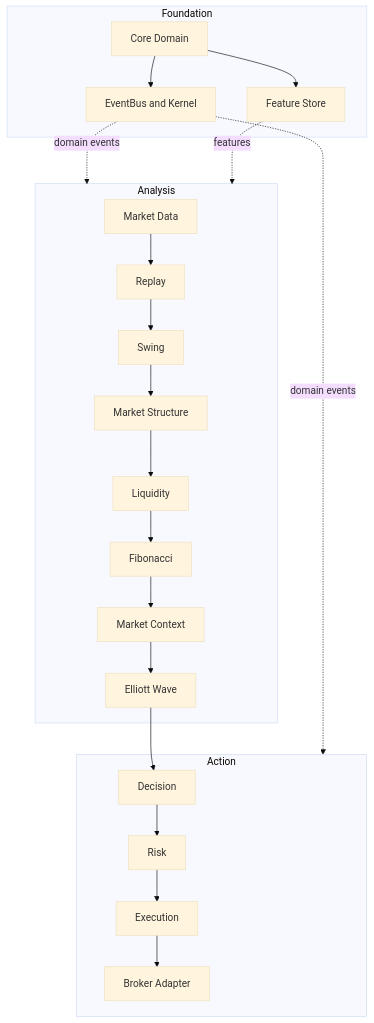
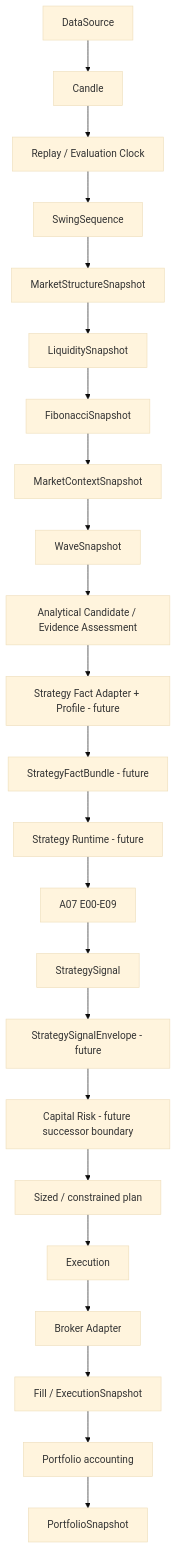
The diagram in docs/project/ARCHITECTURE.md (AymenBarka/EPIP), drawn with Mermaid (base theme) before and after one commit. The commit also changed other lines of this file and 11 other files, not shown here.

Commit message:
docs(architecture): reconcile post-v1.6 strategy ownership

````diff
--- a/docs/project/ARCHITECTURE.md
+++ b/docs/project/ARCHITECTURE.md
@@ -5,25 +12,25 @@
 ```mermaid
 flowchart TB
-    subgraph Foundation
-      Core[Core Domain] --> Bus[EventBus and Kernel]
-      Core --> FS[Feature Store]
-    end
-    subgraph Analysis
-      MD[Market Data] --> RP[Replay]
-      RP --> SW[Swing]
-      SW --> ST[Market Structure]
-      ST --> LQ[Liquidity]
-      LQ --> FB[Fibonacci]
-      FB --> CT[Market Context]
-      CT --> EW[Elliott Wave]
-    end
-    subgraph Action
-      EW --> DE[Decision]
-      DE --> RK[Risk]
-      RK --> EX[Execution]
-      EX --> BA[Broker Adapter]
-    end
-    Bus -. domain events .-> Analysis
-    Bus -. domain events .-> Action
-    FS -. features .-> Analysis
+    DS[DataSource] --> CD[Candle]
+    CD --> CL[Replay / Evaluation Clock]
+    CL --> SW[SwingSequence]
+    SW --> MS[MarketStructureSnapshot]
+    MS --> LQ[LiquiditySnapshot]
+    LQ --> FB[FibonacciSnapshot]
+    FB --> CT[MarketContextSnapshot]
+    CT --> EW[WaveSnapshot]
+    EW --> DA[Analytical Candidate / Evidence Assessment]
+    DA --> FA[Strategy Fact Adapter + Profile - future]
+    FA --> BF[StrategyFactBundle - future]
+    BF --> RT[Strategy Runtime - future]
+    RT --> A7[A07 E00-E09]
+    A7 --> SS[StrategySignal]
+    SS --> SE[StrategySignalEnvelope - future]
+    SE --> CR[Capital Risk - future successor boundary]
+    CR --> PP[Sized / constrained plan]
+    PP --> EX[Execution]
+    EX --> BA[Broker Adapter]
+    BA --> FL[Fill / ExecutionSnapshot]
+    FL --> PF[Portfolio accounting]
+    PF --> PS[PortfolioSnapshot]
 ```
````
